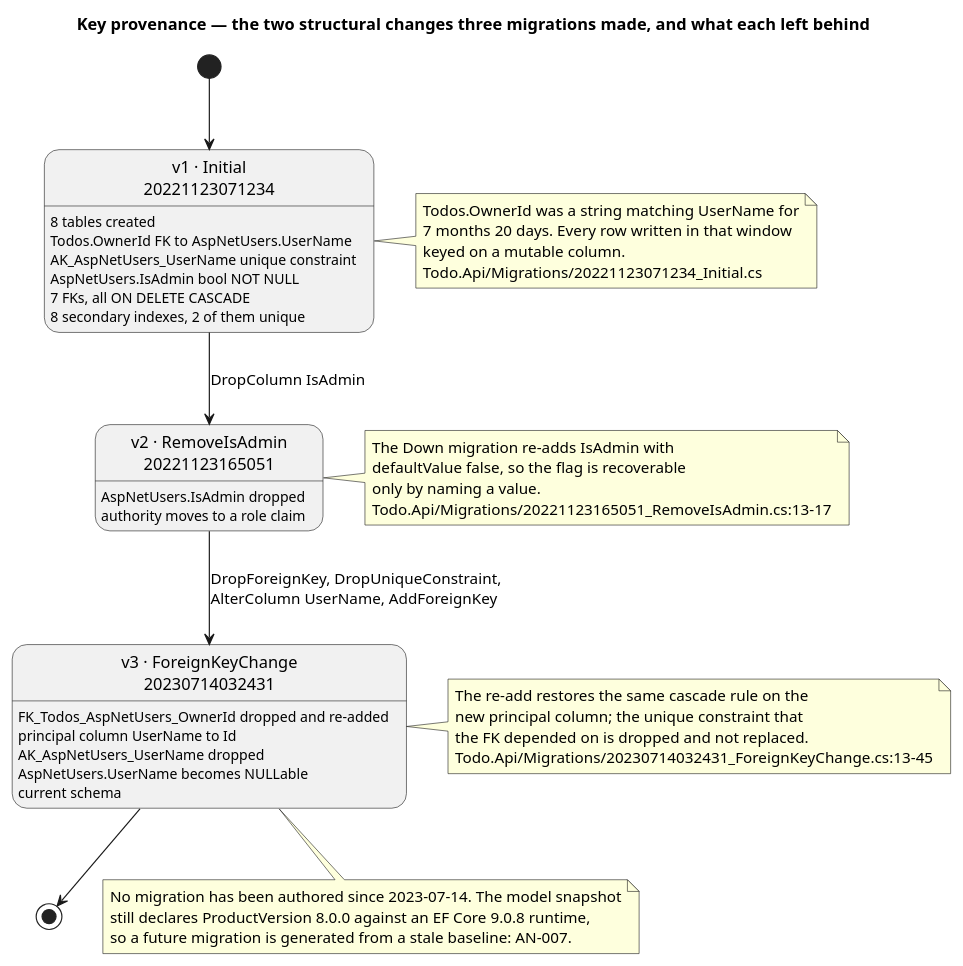
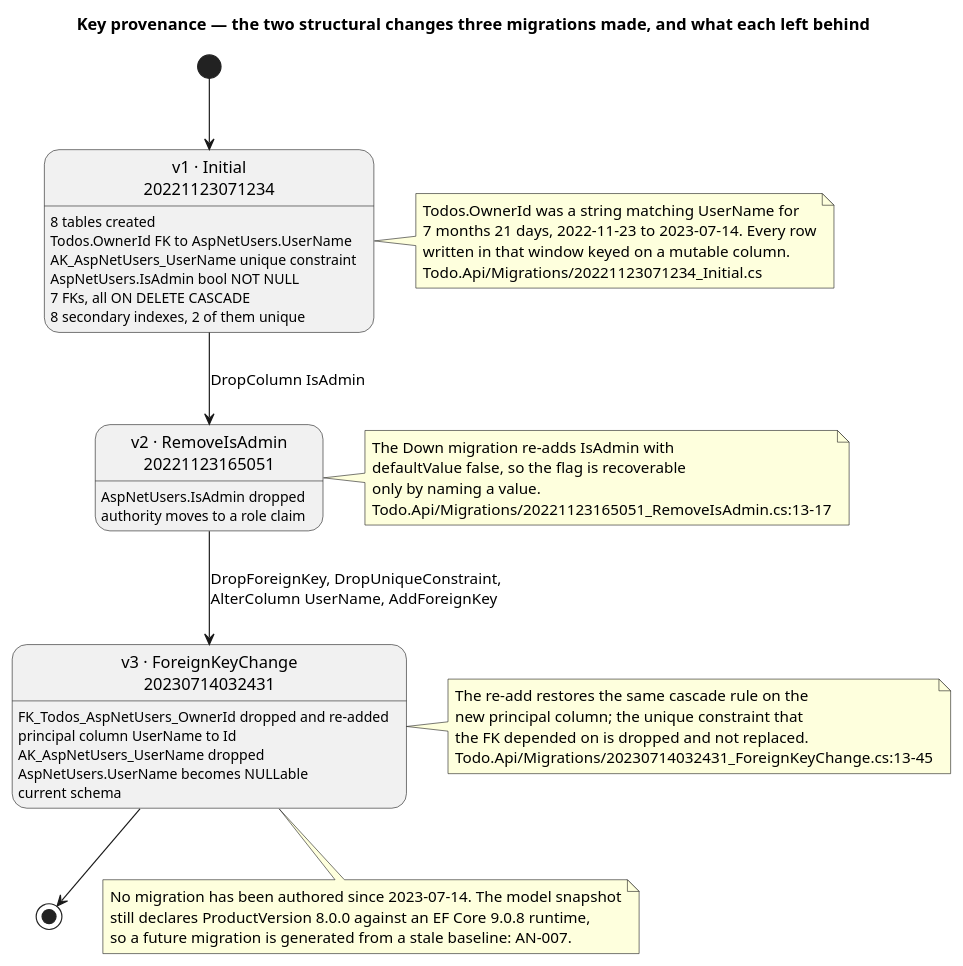
The seventh of 7 diagrams in docs/artifacts/analysis---design/design-model.md (banense-test/TodoApp), drawn with PlantUML before and after one commit. The commit also changed other lines of this file, not shown here.

````diff
--- a/docs/artifacts/analysis---design/design-model.md
+++ b/docs/artifacts/analysis---design/design-model.md
@@ -830,59 +829,59 @@
 ```plantuml
 @startuml
 title Key provenance — the two structural changes three migrations made, and what each left behind
 skinparam shadowing false
 skinparam defaultTextAlignment left
 
 state "v1 · Initial\n20221123071234" as V1 {
   V1 : 8 tables created
   V1 : Todos.OwnerId FK to AspNetUsers.UserName
   V1 : AK_AspNetUsers_UserName unique constraint
   V1 : AspNetUsers.IsAdmin bool NOT NULL
   V1 : 7 FKs, all ON DELETE CASCADE
   V1 : 8 secondary indexes, 2 of them unique
 }
 state "v2 · RemoveIsAdmin\n20221123165051" as V2 {
   V2 : AspNetUsers.IsAdmin dropped
   V2 : authority moves to a role claim
 }
 state "v3 · ForeignKeyChange\n20230714032431" as V3 {
   V3 : FK_Todos_AspNetUsers_OwnerId dropped and re-added
   V3 : principal column UserName to Id
   V3 : AK_AspNetUsers_UserName dropped
   V3 : AspNetUsers.UserName becomes NULLable
   V3 : current schema
 }
 
 [*] --> V1
 V1 --> V2 : DropColumn IsAdmin
 V2 --> V3 : DropForeignKey, DropUniqueConstraint,\nAlterColumn UserName, AddForeignKey
 V3 --> [*]
 
 note right of V1
   Todos.OwnerId was a string matching UserName for
-  7 months 20 days. Every row written in that window
-  keyed on a mutable column.
+  7 months 21 days, 2022-11-23 to 2023-07-14. Every row
+  written in that window keyed on a mutable column.
   Todo.Api/Migrations/20221123071234_Initial.cs
 end note
 
 note right of V2
   The Down migration re-adds IsAdmin with
   defaultValue false, so the flag is recoverable
   only by naming a value.
   Todo.Api/Migrations/20221123165051_RemoveIsAdmin.cs:13-17
 end note
 
 note right of V3
   The re-add restores the same cascade rule on the
   new principal column; the unique constraint that
   the FK depended on is dropped and not replaced.
   Todo.Api/Migrations/20230714032431_ForeignKeyChange.cs:13-45
 end note
 
 note bottom of V3
   No migration has been authored since 2023-07-14. The model snapshot
   still declares ProductVersion 8.0.0 against an EF Core 9.0.8 runtime,
   so a future migration is generated from a stale baseline: AN-007.
 end note
 @enduml
 ```
````
